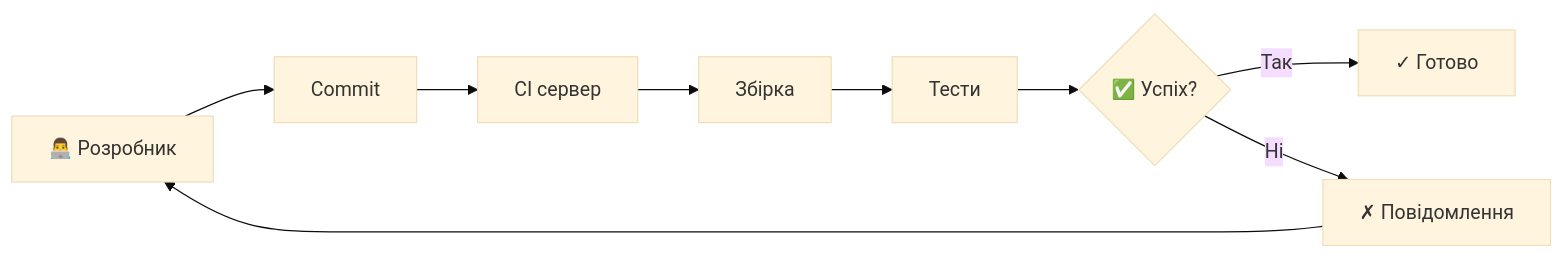
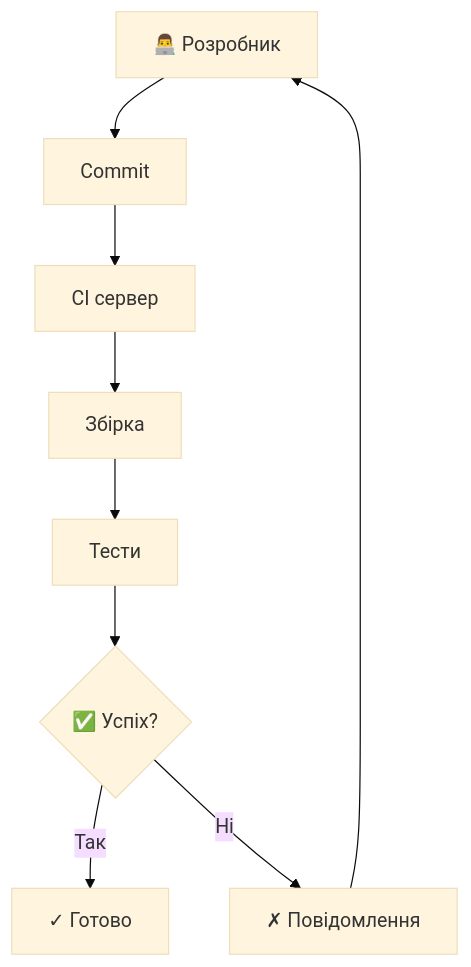
One commit to olroi421/course-opi changed the first of 11 diagrams in docs/presentations/presentation-13.md. Above: the diagram before and after it, drawn with Mermaid (base theme). The commit also changed other lines of this file, not shown here.

````diff
--- a/docs/presentations/presentation-13.md
+++ b/docs/presentations/presentation-13.md
@@ -19,11 +19,11 @@
 ```mermaid
-graph LR
+graph TB
     A[👨‍💻 Розробник] --> B[Commit]
     B --> C[CI сервер]
     C --> D[Збірка]
     D --> E[Тести]
     E --> F{✅ Успіх?}
     F -->|Так| G[✓ Готово]
     F -->|Ні| H[✗ Повідомлення]
     H --> A
 ```
````
